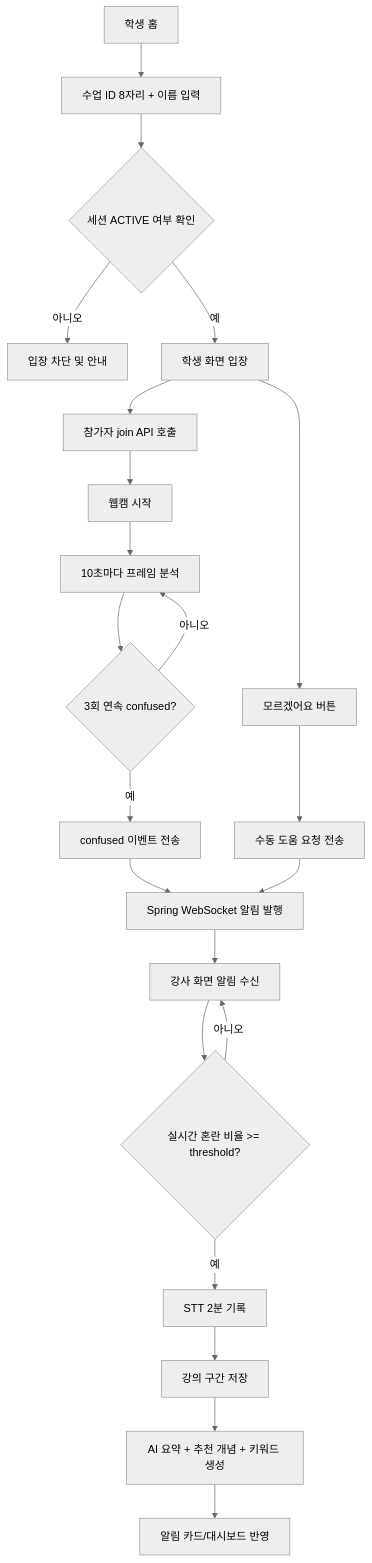
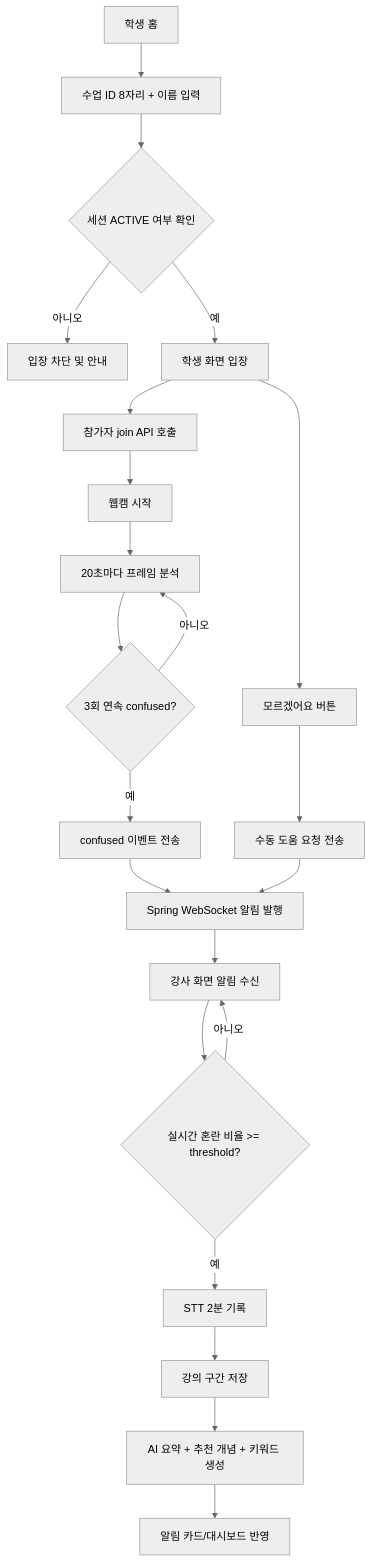
The first of 2 diagrams in README.md (Core-Strike/I-Know-FE), drawn with Mermaid (neutral theme) before and after one commit. The commit also changed other lines of this file and 2 other files, not shown here.

````diff
--- a/README.md
+++ b/README.md
@@ -57,24 +57,24 @@
 ```mermaid
 flowchart TD
     A[학생 홈] --> B[수업 ID 8자리 + 이름 입력]
     B --> C{세션 ACTIVE 여부 확인}
     C -- 아니오 --> D[입장 차단 및 안내]
     C -- 예 --> E[학생 화면 입장]
     E --> F[참가자 join API 호출]
     F --> G[웹캠 시작]
-    G --> H[10초마다 프레임 분석]
+    G --> H[20초마다 프레임 분석]
     H --> I{3회 연속 confused?}
     I -- 예 --> J[confused 이벤트 전송]
     I -- 아니오 --> H
     E --> K[모르겠어요 버튼]
     K --> L[수동 도움 요청 전송]
     J --> M[Spring WebSocket 알림 발행]
     L --> M
     M --> N[강사 화면 알림 수신]
     N --> O{실시간 혼란 비율 >= threshold?}
     O -- 아니오 --> N
     O -- 예 --> P[STT 2분 기록]
     P --> Q[강의 구간 저장]
     Q --> R[AI 요약 + 추천 개념 + 키워드 생성]
     R --> S[알림 카드/대시보드 반영]
 ```
````
